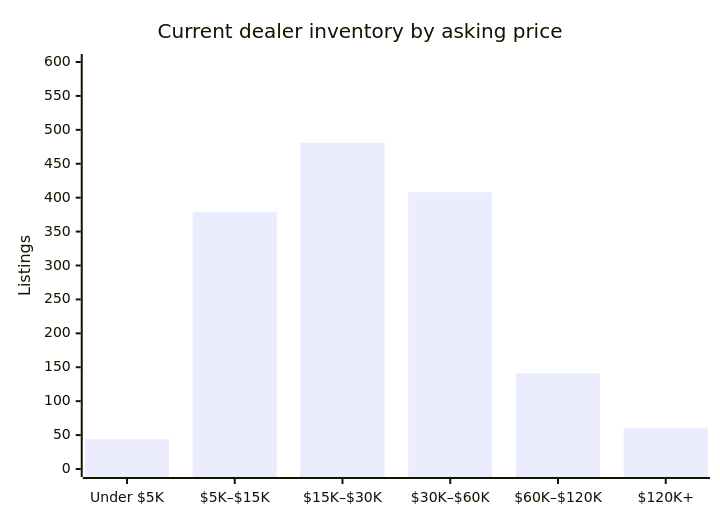
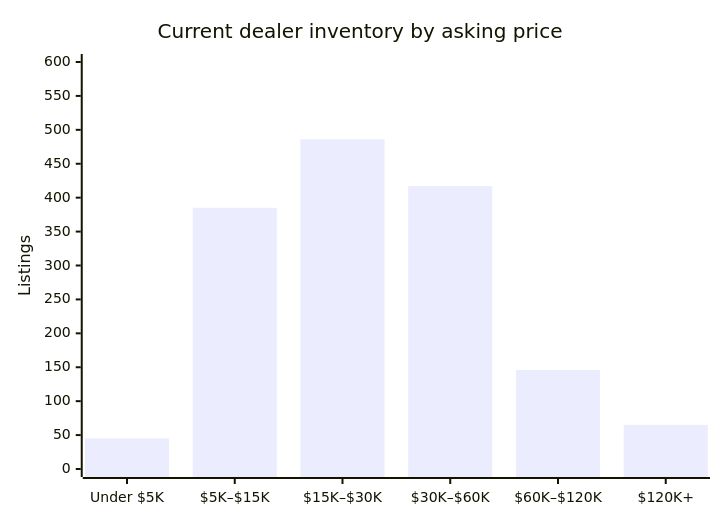
Before and after one commit to David-Webb-New-York/david-webb-market-agent: the diagram in output/reports/latest.md, drawn with Mermaid. The commit also changed other lines of this file and 4 other files, not shown here.

````diff
--- a/output/reports/latest.md
+++ b/output/reports/latest.md
@@ -15,7 +15,7 @@
 ```mermaid
 xychart-beta
     title "Current dealer inventory by asking price"
     x-axis ["Under $5K", "$5K–$15K", "$15K–$30K", "$30K–$60K", "$60K–$120K", "$120K+"]
     y-axis "Listings" 0 --> 600
-    bar [44, 379, 481, 408, 141, 61]
+    bar [45, 385, 486, 417, 146, 65]
 ```
````
